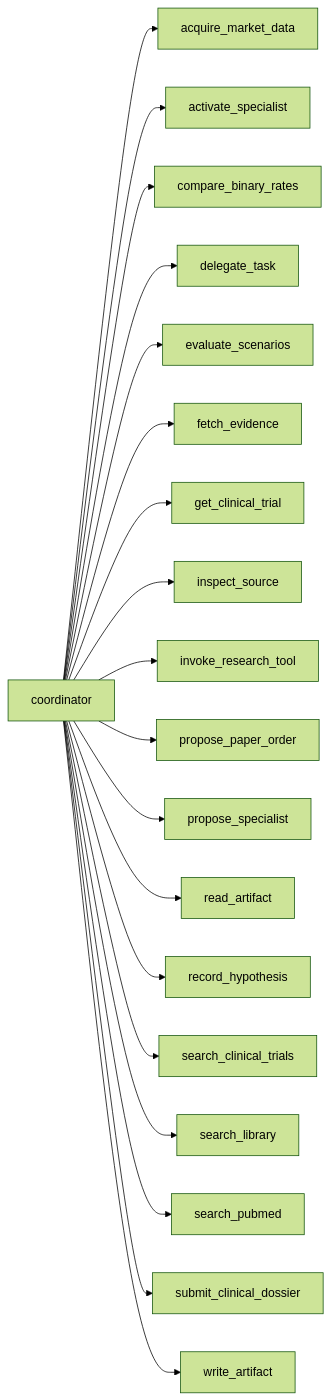
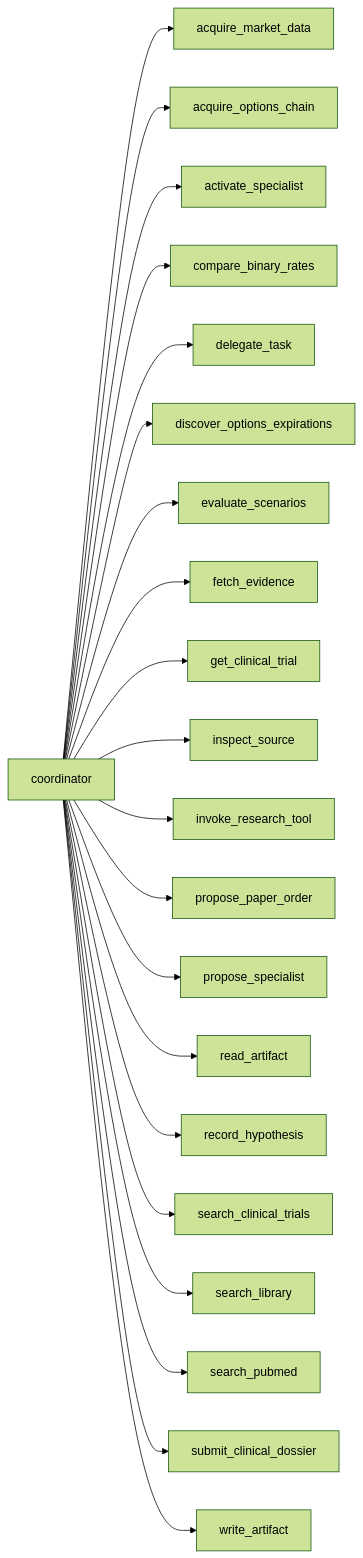
Before and after one commit to ashwindaswanibu/agentic-investment-research: the second of 6 diagrams in docs/generated/agent-architecture.md, drawn with Mermaid (forest theme). The commit also changed other lines of this file and 28 other files, not shown here.

````diff
--- a/docs/generated/agent-architecture.md
+++ b/docs/generated/agent-architecture.md
@@ -35,22 +35,24 @@
 ```mermaid
 flowchart LR
  role["coordinator"]
  role --> tool_acquire_market_data["acquire_market_data"]
+ role --> tool_acquire_options_chain["acquire_options_chain"]
  role --> tool_activate_specialist["activate_specialist"]
  role --> tool_compare_binary_rates["compare_binary_rates"]
  role --> tool_delegate_task["delegate_task"]
+ role --> tool_discover_options_expirations["discover_options_expirations"]
  role --> tool_evaluate_scenarios["evaluate_scenarios"]
  role --> tool_fetch_evidence["fetch_evidence"]
  role --> tool_get_clinical_trial["get_clinical_trial"]
  role --> tool_inspect_source["inspect_source"]
  role --> tool_invoke_research_tool["invoke_research_tool"]
  role --> tool_propose_paper_order["propose_paper_order"]
  role --> tool_propose_specialist["propose_specialist"]
  role --> tool_read_artifact["read_artifact"]
  role --> tool_record_hypothesis["record_hypothesis"]
  role --> tool_search_clinical_trials["search_clinical_trials"]
  role --> tool_search_library["search_library"]
  role --> tool_search_pubmed["search_pubmed"]
  role --> tool_submit_clinical_dossier["submit_clinical_dossier"]
  role --> tool_write_artifact["write_artifact"]
 ```
````
